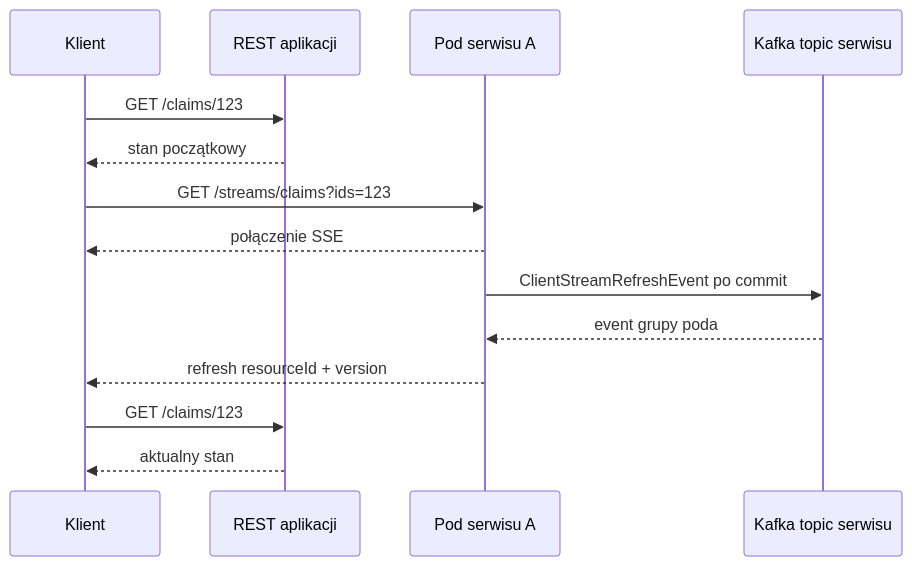
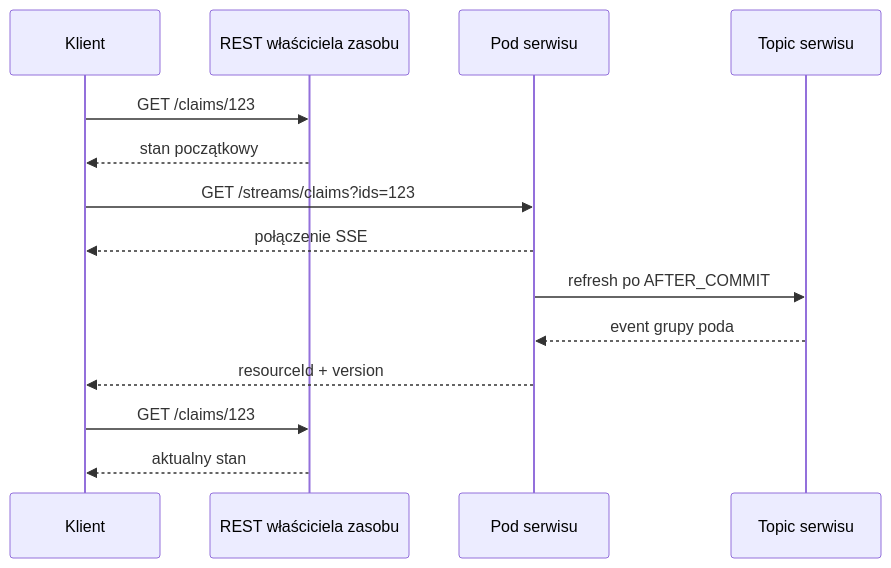
One commit to KNOSERO/core_java_ravcube changed the first of 2 diagrams in docs/libraries/stream.md. Above: the diagram before and after it, drawn with Mermaid. The commit also changed other lines of this file and 14 other files, not shown here.

```diff
--- a/docs/libraries/stream.md
+++ b/docs/libraries/stream.md
@@ -17,17 +75,17 @@
 ~~~mermaid
 sequenceDiagram
     participant Client as Klient
-    participant REST as REST aplikacji
-    participant PodA as Pod serwisu A
-    participant Kafka as Kafka topic serwisu
+    participant REST as REST właściciela zasobu
+    participant PodA as Pod serwisu
+    participant Kafka as Topic serwisu
 
     Client->>REST: GET /claims/123
     REST-->>Client: stan początkowy
     Client->>PodA: GET /streams/claims?ids=123
     PodA-->>Client: połączenie SSE
-    PodA->>Kafka: ClientStreamRefreshEvent po commit
+    PodA->>Kafka: refresh po AFTER_COMMIT
     Kafka-->>PodA: event grupy poda
-    PodA-->>Client: refresh resourceId + version
+    PodA-->>Client: resourceId + version
     Client->>REST: GET /claims/123
     REST-->>Client: aktualny stan
 ~~~
```
